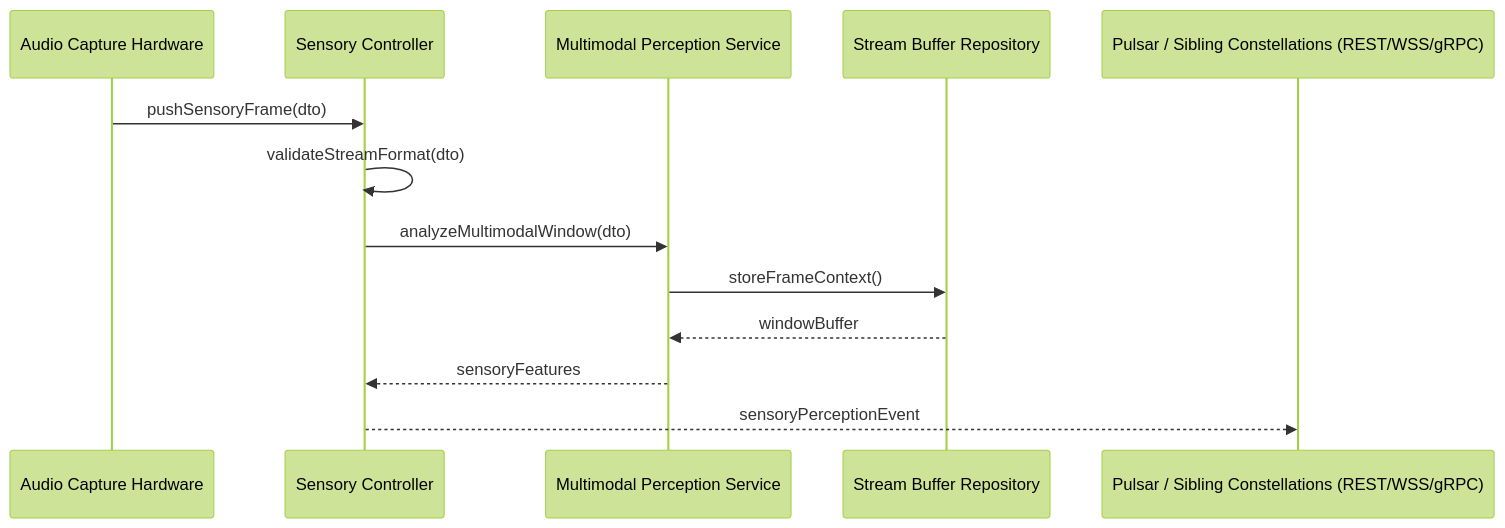
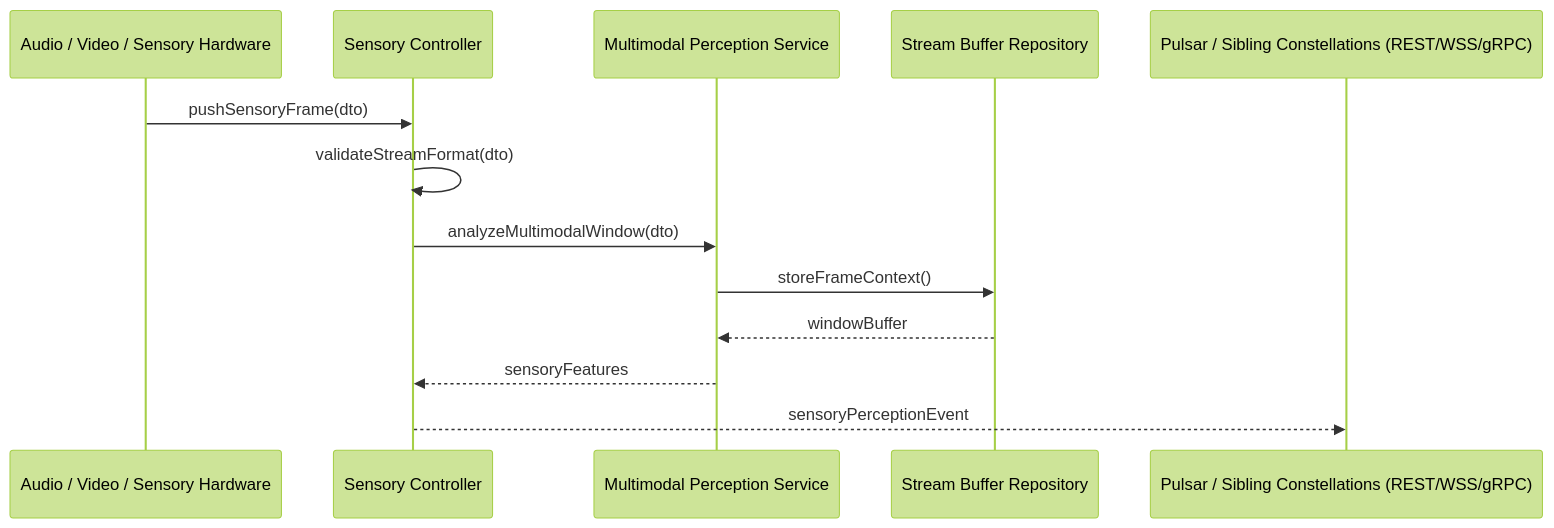
One commit to natuleadan/lyra changed the diagram in README.md. Above: the diagram before and after it, drawn with Mermaid (forest theme). The commit also changed other lines of this file and 3 other files, not shown here.

````diff
--- a/README.md
+++ b/README.md
@@ -74,16 +74,16 @@
 ```mermaid
 sequenceDiagram
-    participant Sensor as Audio Capture Hardware
+    participant Sensor as Audio / Video / Sensory Hardware
     participant Ctrl as Sensory Controller
     participant Svc as Multimodal Perception Service
     participant Repo as Stream Buffer Repository
     participant Agent as Pulsar / Sibling Constellations (REST/WSS/gRPC)
 
     Sensor->>Ctrl: pushSensoryFrame(dto)
     Ctrl->>Ctrl: validateStreamFormat(dto)
     Ctrl->>Svc: analyzeMultimodalWindow(dto)
     Svc->>Repo: storeFrameContext()
     Repo-->>Svc: windowBuffer
     Svc-->>Ctrl: sensoryFeatures
     Ctrl-->>Agent: sensoryPerceptionEvent
 ```
````
